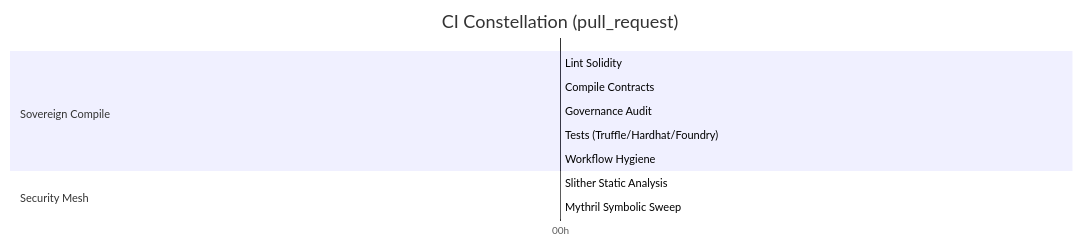
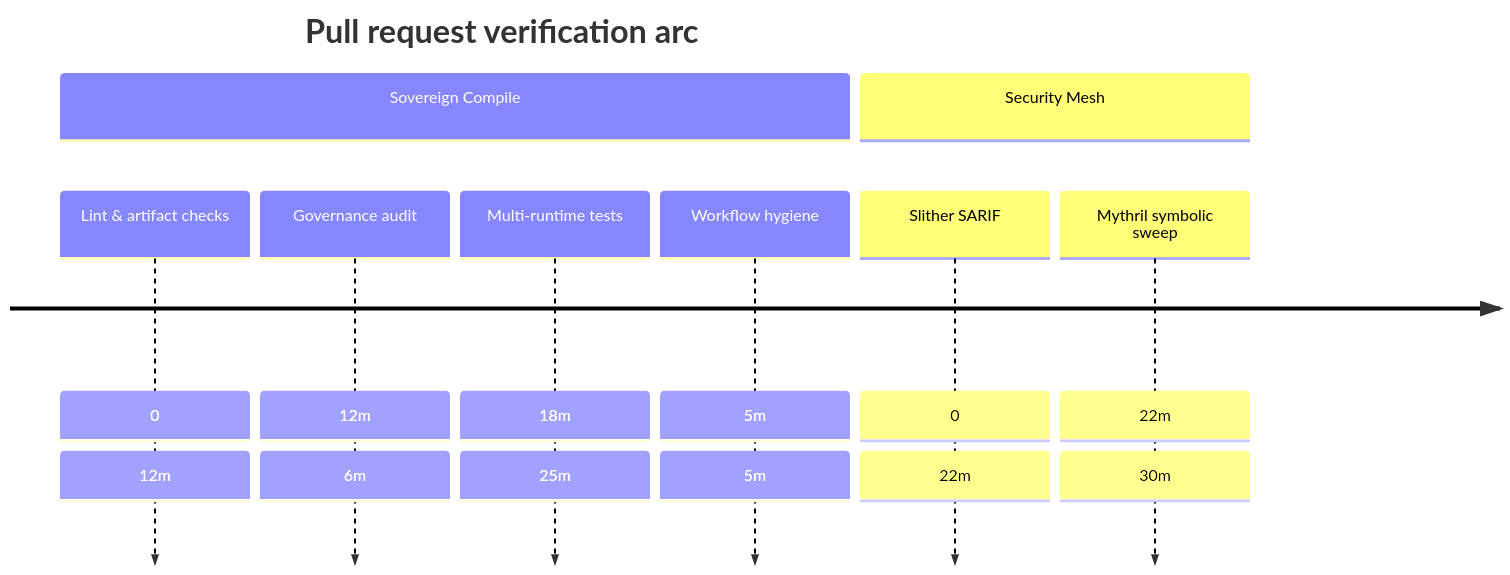
The fifth of 5 diagrams in docs/README.md (MontrealAI/agijobs-sovereign-labor-v0p1), drawn with Mermaid before and after one commit. The commit also changed other lines of this file, not shown here.

Commit message:
docs: refresh sovereign labor codex

````diff
--- a/docs/README.md
+++ b/docs/README.md
@@ -172,15 +273,12 @@
 ```mermaid
-gantt
-title CI Constellation (pull_request)
-dateFormat  HH:mm
-axisFormat  %Hh
-section Sovereign Compile
-Lint Solidity        :a1, 00:00, 0:10
-Compile Contracts    :after a1, 0:12
-Governance Audit     :after a1, 0:08
-Tests (Truffle/Hardhat/Foundry) :after a1, 0:25
-Workflow Hygiene     :a5, 00:00, 0:05
-section Security Mesh
-Slither Static Analysis :b1, 00:00, 0:22
-Mythril Symbolic Sweep   :after b1, 0:30
+timeline
+  title Pull request verification arc
+  section Sovereign Compile
+    Lint & artifact checks : 0 : 12m
+    Governance audit      : 12m : 6m
+    Multi-runtime tests   : 18m : 25m
+    Workflow hygiene      : 5m : 5m
+  section Security Mesh
+    Slither SARIF         : 0 : 22m
+    Mythril symbolic sweep: 22m : 30m
 ```
````
